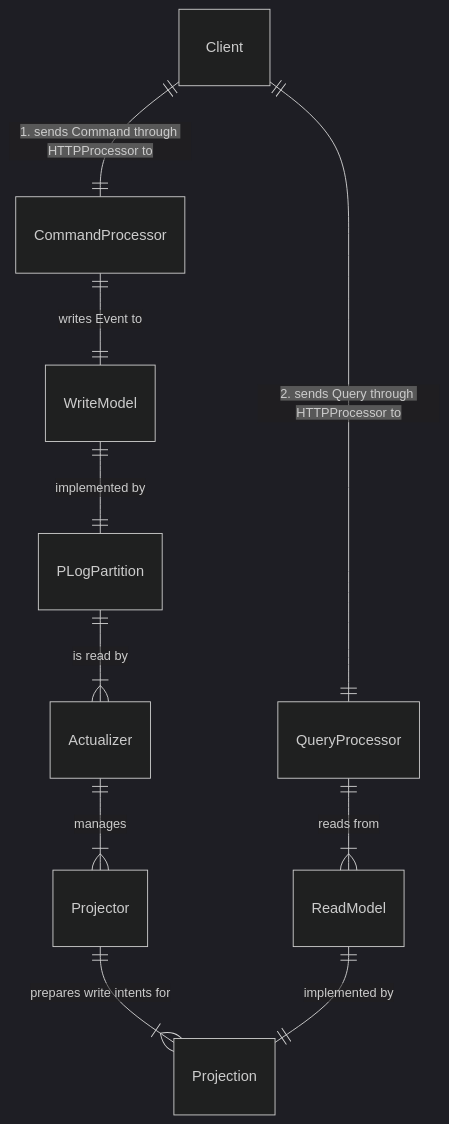
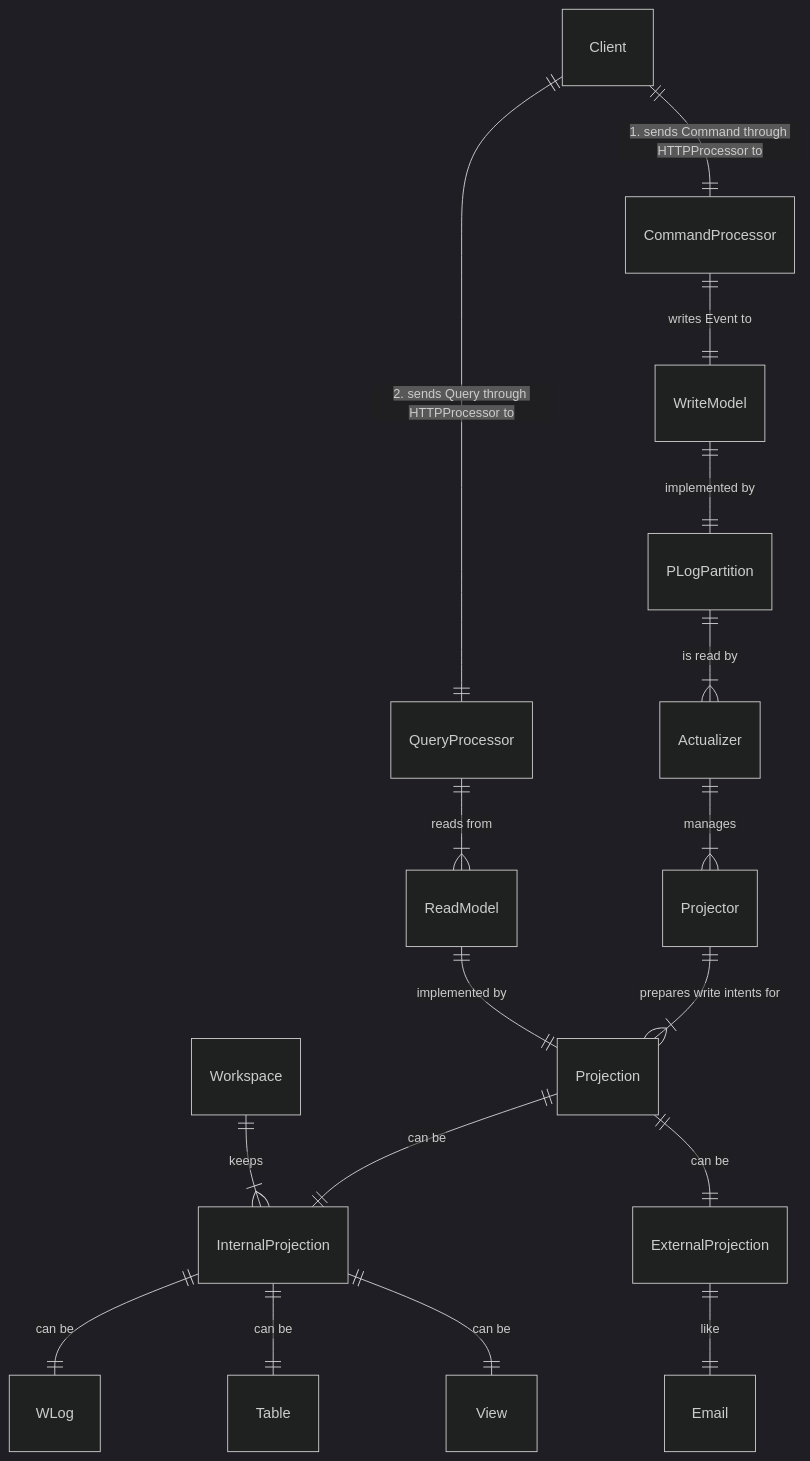
Before and after one commit to voedger/voedger: diagram 11 of 17 in design/README.md, drawn with Mermaid (dark theme). The commit also changed other lines of this file and 1 other file, not shown here.

````diff
--- a/design/README.md
+++ b/design/README.md
@@ -309,12 +295,24 @@
 ```mermaid
     erDiagram
     Client ||--|| CommandProcessor : "1. sends Command through HTTPProcessor to"
     Client ||--|| QueryProcessor : "2. sends Query through HTTPProcessor to"
     CommandProcessor ||--|| WriteModel : "writes Event to"
     WriteModel ||--|| PLogPartition : "implemented by"
     Actualizer ||--|{ Projector : "manages"
     PLogPartition ||--|{ Actualizer: "is read by"
     Projector ||--|{ Projection: "prepares write intents for"
     QueryProcessor ||--|{ ReadModel: "reads from"
     ReadModel ||--|| Projection: "implemented by"
+
+    Projection ||--|| InternalProjection: "can be"
+    Projection ||--|| ExternalProjection: "can be"
+
+    ExternalProjection ||--|| Email: like
+
+
+    InternalProjection ||--|| WLog: "can be"
+    InternalProjection ||--|| Table: "can be"
+    InternalProjection ||--|| View: "can be"    
+    
+    Workspace ||--|{ InternalProjection: keeps    
 ```
````
